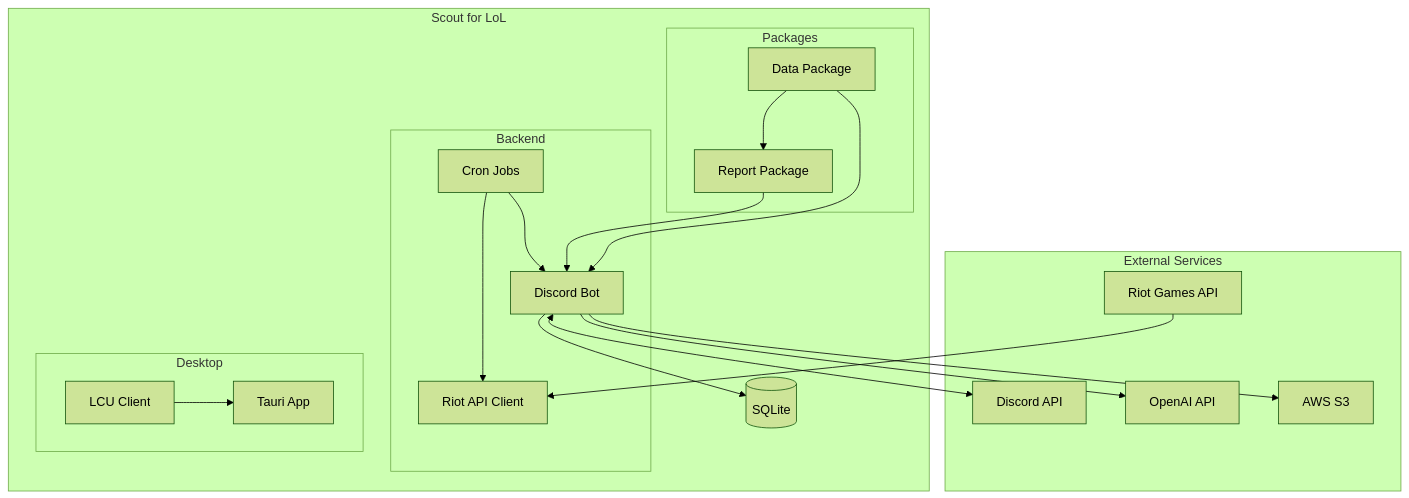
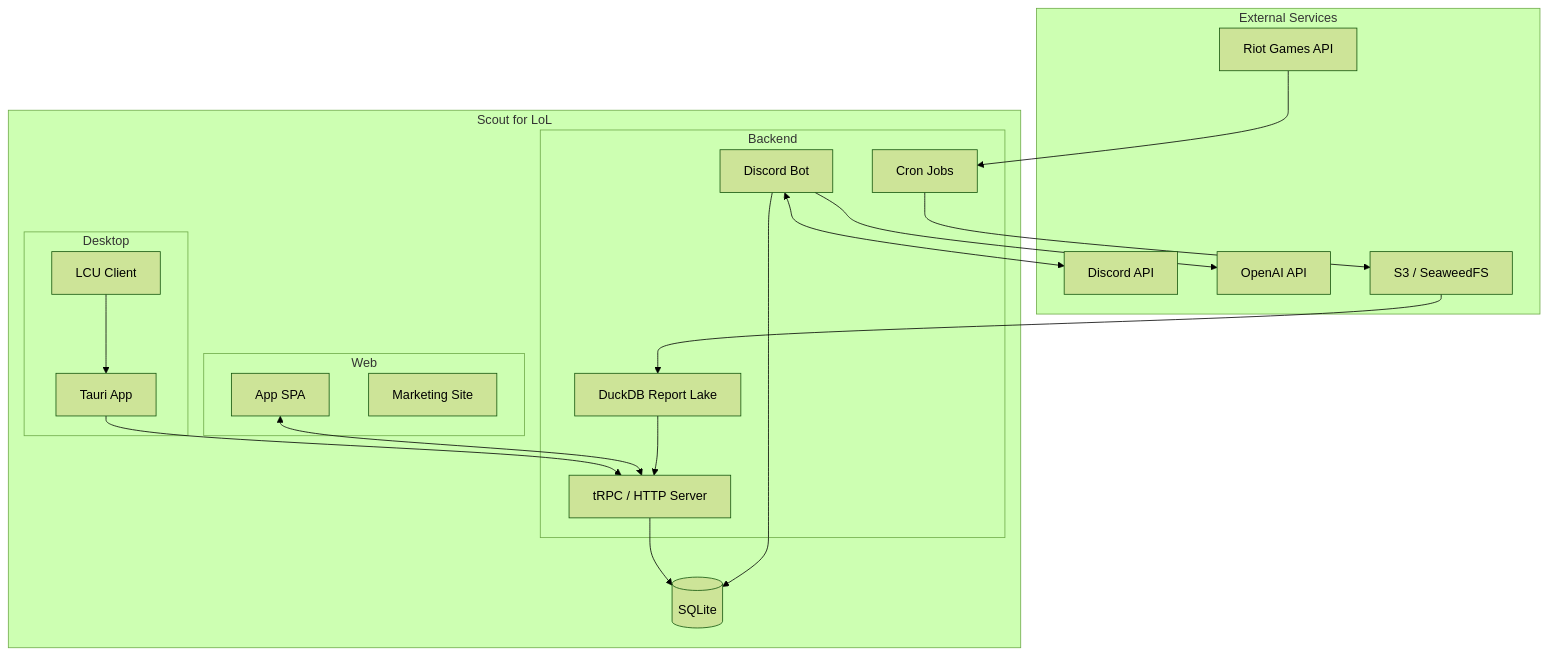
Before and after one commit to shepherdjerred/monorepo: the diagram in packages/scout-for-lol/docs/README.md, drawn with Mermaid (forest theme). The commit also changed other lines of this file and 204 other files, not shown here.

````diff
--- a/packages/scout-for-lol/docs/README.md
+++ b/packages/scout-for-lol/docs/README.md
@@ -17,41 +17,42 @@
 ```mermaid
 graph TB
     subgraph External Services
         RIOT[Riot Games API]
         DISCORD[Discord API]
         OPENAI[OpenAI API]
-        S3[AWS S3]
+        S3[S3 / SeaweedFS]
     end
 
     subgraph "Scout for LoL"
         subgraph Backend
             BOT[Discord Bot]
             CRON[Cron Jobs]
-            API_CLIENT[Riot API Client]
+            TRPC[tRPC / HTTP Server]
+            LAKE[DuckDB Report Lake]
         end
 
-        subgraph Packages
-            DATA[Data Package]
-            REPORT[Report Package]
+        subgraph Web
+            SPA[App SPA]
+            SITE[Marketing Site]
         end
 
         subgraph Desktop
             TAURI[Tauri App]
             LCU[LCU Client]
         end
 
         DB[(SQLite)]
     end
 
-    RIOT --> API_CLIENT
+    RIOT --> CRON
     BOT <--> DISCORD
     BOT --> OPENAI
-    BOT --> S3
-    CRON --> API_CLIENT
-    CRON --> BOT
+    CRON --> S3
+    S3 --> LAKE
+    LAKE --> TRPC
     BOT --> DB
-    REPORT --> BOT
-    DATA --> BOT
-    DATA --> REPORT
+    TRPC --> DB
+    SPA <--> TRPC
     LCU --> TAURI
+    TAURI --> TRPC
 ```
````
